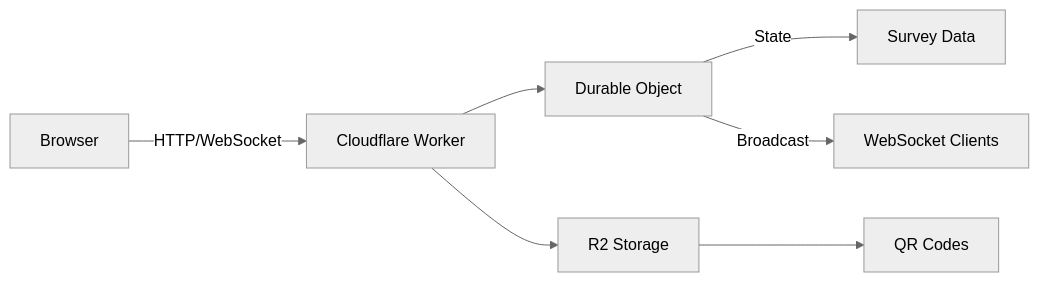
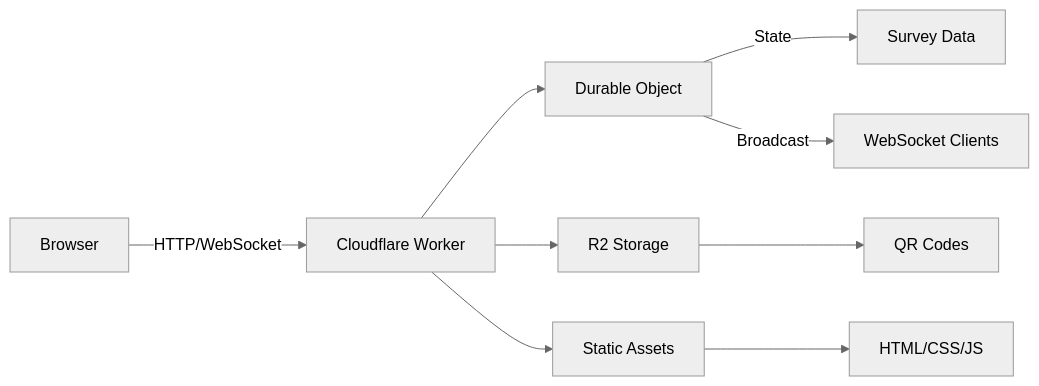
Before and after one commit to erichayth/realtime-voting-app: the diagram in README.md, drawn with Mermaid (neutral theme). The commit also changed other lines of this file and 2 other files, not shown here.

First line of the commit message:
refactor: properly implement Workers Static Assets pattern

````diff
--- a/README.md
+++ b/README.md
@@ -131,9 +131,11 @@
 ```mermaid
 graph LR
     A[Browser] -->|HTTP/WebSocket| B[Cloudflare Worker]
     B --> C[Durable Object]
     B --> D[R2 Storage]
-    C -->|State| E[Survey Data]
-    C -->|Broadcast| F[WebSocket Clients]
-    D --> G[QR Codes]
+    B --> E[Static Assets]
+    C -->|State| F[Survey Data]
+    C -->|Broadcast| G[WebSocket Clients]
+    D --> H[QR Codes]
+    E --> I[HTML/CSS/JS]
 ```
````
